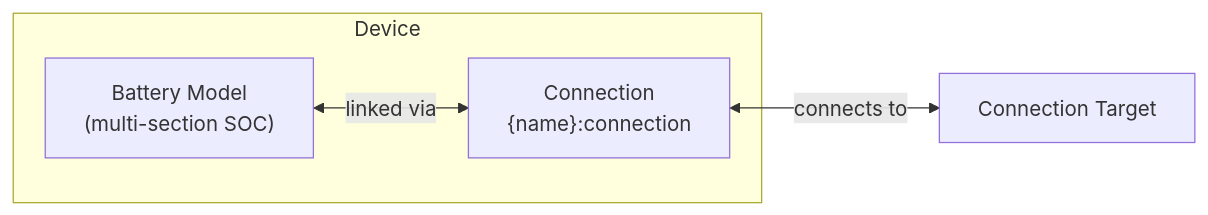
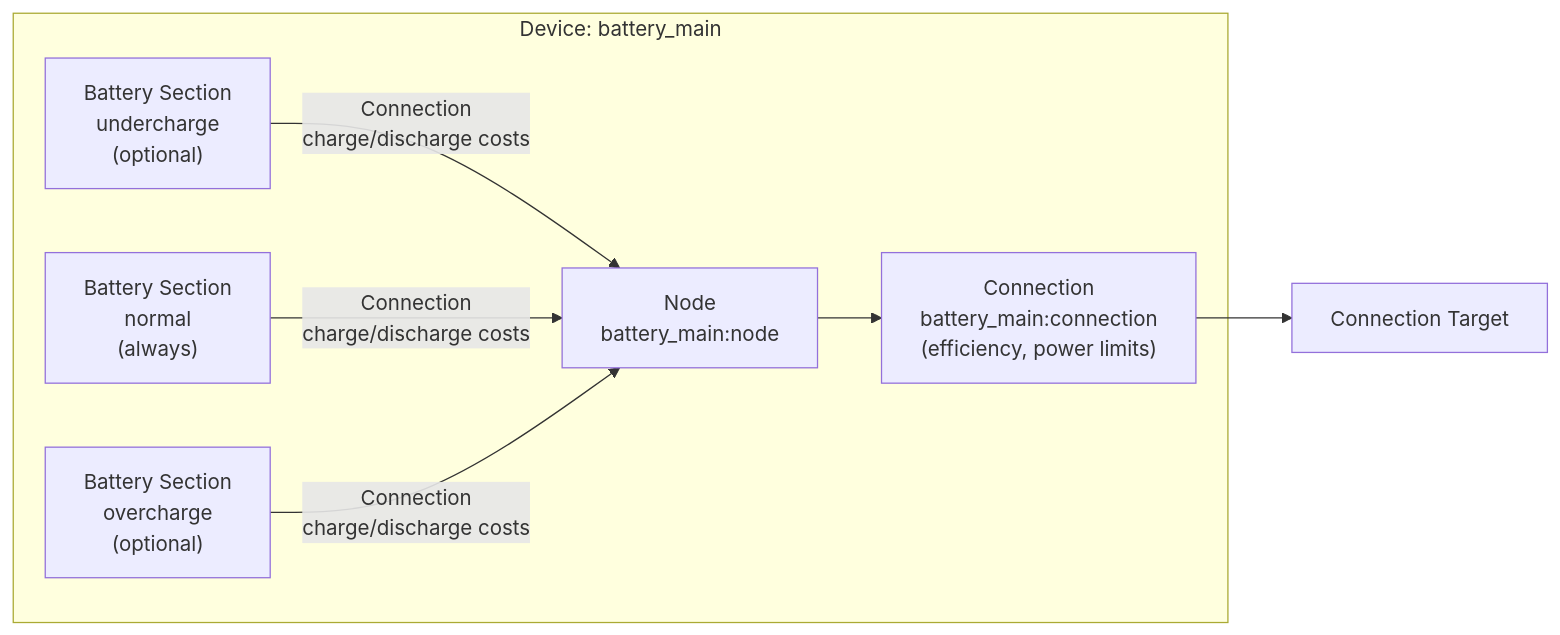
One commit to hass-energy/haeo changed the diagram in docs/modeling/device-layer/battery.md. Above: the diagram before and after it, drawn with Mermaid. The commit also changed other lines of this file and 32 other files, not shown here.

````diff
--- a/docs/modeling/device-layer/battery.md
+++ b/docs/modeling/device-layer/battery.md
@@ -7,12 +7,20 @@
 ```mermaid
 graph LR
-    subgraph "Device"
-        BM["Battery Model<br/>(multi-section SOC)"]
-        Conn["Connection<br/>{name}:connection"]
+    subgraph "Device: battery_main"
+        BU["Battery Section<br/>undercharge<br/>(optional)"]
+        BN["Battery Section<br/>normal<br/>(always)"]
+        BO["Battery Section<br/>overcharge<br/>(optional)"]
+        Node["Node<br/>battery_main:node"]
+
+        BU -->|Connection<br/>charge/discharge costs| Node
+        BN -->|Connection<br/>charge/discharge costs| Node
+        BO -->|Connection<br/>charge/discharge costs| Node
+
+        Conn["Connection<br/>battery_main:connection<br/>(efficiency, power limits)"]
+
     end
+    Target[Connection Target]
 
-    Node[Connection Target]
-
-    BM <-->|linked via| Conn
-    Conn <-->|connects to| Node
+    Node --> Conn
+    Conn --> Target
 ```
````
